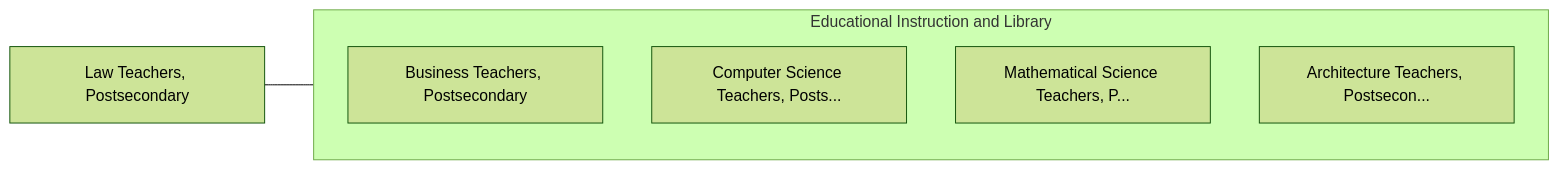
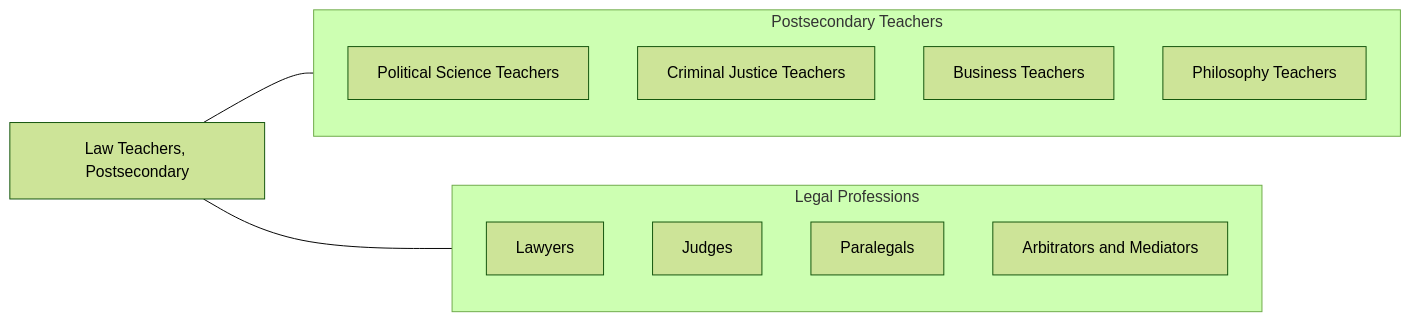
Before and after one commit to kziemski/business.org.ai: the fourth of 4 diagrams in occupations/Education/LawTeachersPostsecondary.mdx, drawn with Mermaid (forest theme). The commit also changed other lines of this file and 938 other files, not shown here.

````diff
--- a/occupations/Education/LawTeachersPostsecondary.mdx
+++ b/occupations/Education/LawTeachersPostsecondary.mdx
@@ -91,13 +179,21 @@
 ```mermaid
 graph LR
     Current["Law Teachers, Postsecondary"]
 
-    subgraph SameCategory["Educational Instruction and Library"]
-        BusinessTeachersPost["Business Teachers, Postsecondary"]
-        ComputerScienceTeach["Computer Science Teachers, Posts..."]
-        MathematicalScienceT["Mathematical Science Teachers, P..."]
-        ArchitectureTeachers["Architecture Teachers, Postsecon..."]
+    subgraph SameCategory["Postsecondary Teachers"]
+        PolSci["Political Science Teachers"]
+        CrimJustice["Criminal Justice Teachers"]
+        Business["Business Teachers"]
+        Philosophy["Philosophy Teachers"]
+    end
+
+    subgraph CrossFunctional["Legal Professions"]
+        Lawyers["Lawyers"]
+        Judges["Judges"]
+        Paralegals["Paralegals"]
+        Arbitrators["Arbitrators and Mediators"]
     end
 
     Current --- SameCategory
+    Current --- CrossFunctional
 ```
````
